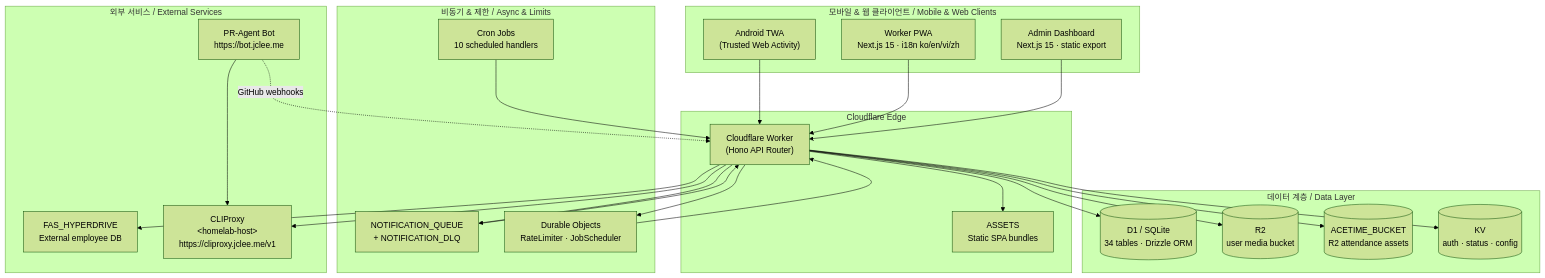
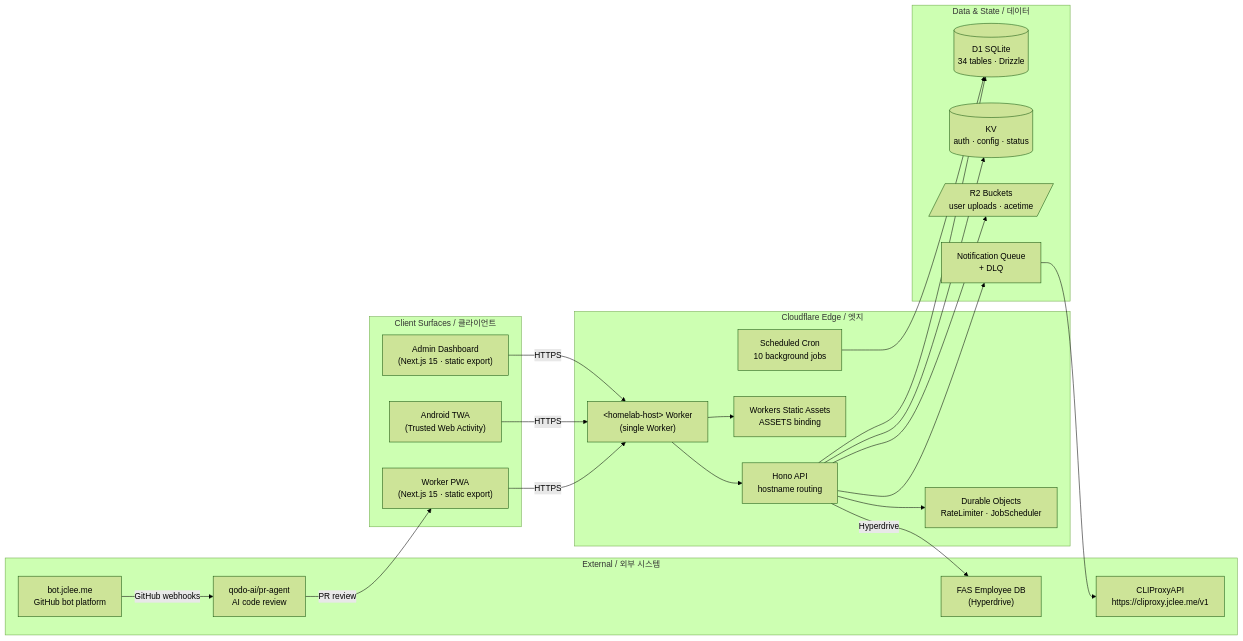
One commit to jclee941/safetywallet changed the first of 2 diagrams in README.md. Above: the diagram before and after it, drawn with Mermaid (forest theme). The commit also changed other lines of this file, not shown here.

````diff
--- a/README.md
+++ b/README.md
@@ -92,50 +86,46 @@
 ```mermaid
-flowchart TB
-    subgraph Clients["모바일 &amp; 웹 클라이언트 / Mobile &amp; Web Clients"]
-        TWA["Android TWA<br/>(Trusted Web Activity)"]
-        WPWA["Worker PWA<br/>Next.js 15 · i18n ko/en/vi/zh"]
-        ADM["Admin Dashboard<br/>Next.js 15 · static export"]
+flowchart LR
+    subgraph Clients["Client Surfaces / 클라이언트"]
+        WorkerPWA["Worker PWA<br/>(Next.js 15 · static export)"]
+        AdminPWA["Admin Dashboard<br/>(Next.js 15 · static export)"]
+        AndroidTWA["Android TWA<br/>(Trusted Web Activity)"]
     end
 
-    subgraph Edge["Cloudflare Edge"]
-        WRK["Cloudflare Worker<br/>(Hono API Router)"]
-        STA["ASSETS<br/>Static SPA bundles"]
+    subgraph Edge["Cloudflare Edge / 엣지"]
+        CFWorker["&lt;homelab-host&gt; Worker<br/>(single Worker)"]
+        Hono["Hono API<br/>hostname routing"]
+        Assets["Workers Static Assets<br/>ASSETS binding"]
+        DO["Durable Objects<br/>RateLimiter · JobScheduler"]
+        Cron["Scheduled Cron<br/>10 background jobs"]
     end
 
-    subgraph Data["데이터 계층 / Data Layer"]
-        D1[("D1 / SQLite<br/>34 tables · Drizzle ORM")]
-        R2B[("R2<br/>user media bucket")]
-        ACE[("ACETIME_BUCKET<br/>R2 attendance assets")]
-        KVS[("KV<br/>auth · status · config")]
+    subgraph Storage["Data &amp; State / 데이터"]
+        D1[("D1 SQLite<br/>34 tables · Drizzle")]
+        KV[("KV<br/>auth · config · status")]
+        R2[/"R2 Buckets<br/>user uploads · acetime"/]
+        Q["Notification Queue<br/>+ DLQ"]
     end
 
-    subgraph Async["비동기 &amp; 제한 / Async &amp; Limits"]
-        Q["NOTIFICATION_QUEUE<br/>+ NOTIFICATION_DLQ"]
-        DO["Durable Objects<br/>RateLimiter · JobScheduler"]
-        CRON["Cron Jobs<br/>10 scheduled handlers"]
+    subgraph External["External / 외부 시스템"]
+        FAS["FAS Employee DB<br/>(Hyperdrive)"]
+        Proxy["CLIProxyAPI<br/>https://cliproxy.jclee.me/v1"]
+        Bot["bot.jclee.me<br/>GitHub bot platform"]
+        Qodo["qodo-ai/pr-agent<br/>AI code review"]
     end
 
-    subgraph Ext["외부 서비스 / External Services"]
-        FAS["FAS_HYPERDRIVE<br/>External employee DB"]
-        CP["CLIProxy<br/>&lt;homelab-host&gt;<br/>https://cliproxy.jclee.me/v1"]
-        PRB["PR-Agent Bot<br/>https://bot.jclee.me"]
-    end
-
-    TWA --> WRK
-    WPWA --> WRK
-    ADM --> WRK
-    WRK --> STA
-    WRK --> D1
-    WRK --> R2B
-    WRK --> ACE
-    WRK --> KVS
-    WRK --> Q
-    WRK --> DO
-    CRON --> WRK
-    Q --> WRK
-    DO --> WRK
-    WRK --> FAS
-    WRK --> CP
-    PRB --> CP
-    PRB -. "GitHub webhooks" .-> WRK
+    WorkerPWA -->|HTTPS| CFWorker
+    AndroidTWA -->|HTTPS| CFWorker
+    AdminPWA -->|HTTPS| CFWorker
+    CFWorker --> Hono
+    CFWorker --> Assets
+    Hono --> D1
+    Hono --> KV
+    Hono --> R2
+    Hono --> DO
+    Hono --> Q
+    Hono -->|Hyperdrive| FAS
+    Cron --> D1
+    Q --> Proxy
+    Bot -->|GitHub webhooks| Qodo
+    Qodo -->|PR review| WorkerPWA
 ```
````
